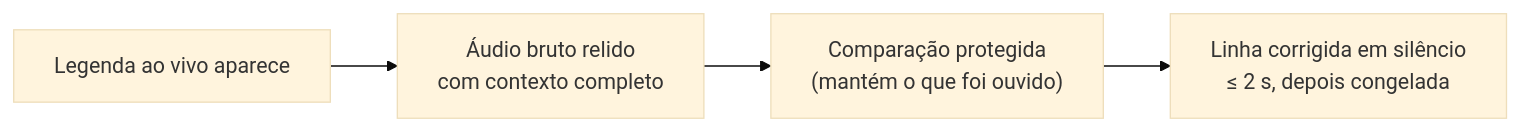
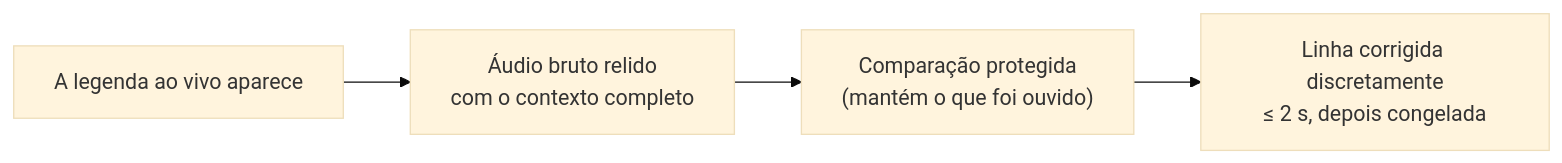
Before and after one commit to rpalm01-star/VigilantEarLegal: the third of 4 diagrams in README_pt-BR.md, drawn with Mermaid (base theme). The commit also changed other lines of this file and 29 other files, not shown here.

````diff
--- a/README_pt-BR.md
+++ b/README_pt-BR.md
@@ -149,4 +157,4 @@
 ```mermaid
 graph LR
-    L["Legenda ao vivo aparece"] --> K["Áudio bruto relido<br/>com contexto completo"] --> V["Comparação protegida<br/>(mantém o que foi ouvido)"] --> W["Linha corrigida em silêncio<br/>≤ 2 s, depois congelada"]
+    L["A legenda ao vivo aparece"] --> K["Áudio bruto relido<br/>com o contexto completo"] --> V["Comparação protegida<br/>(mantém o que foi ouvido)"] --> W["Linha corrigida discretamente<br/>≤ 2 s, depois congelada"]
 ```
````
